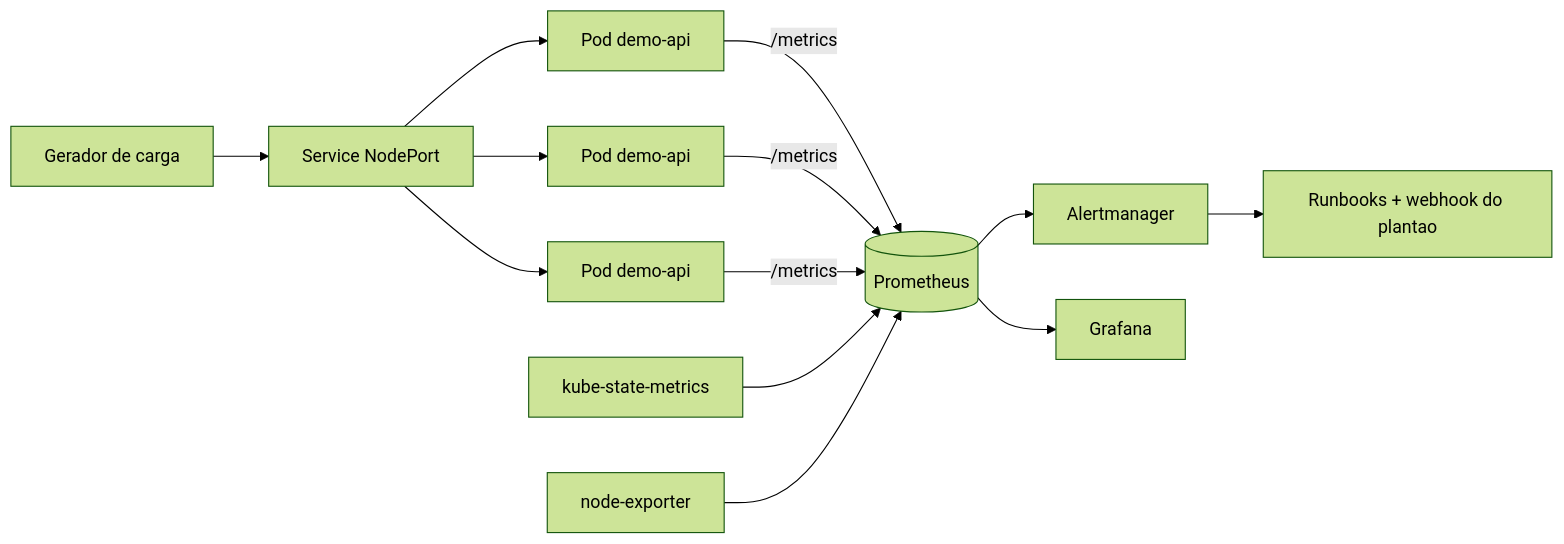
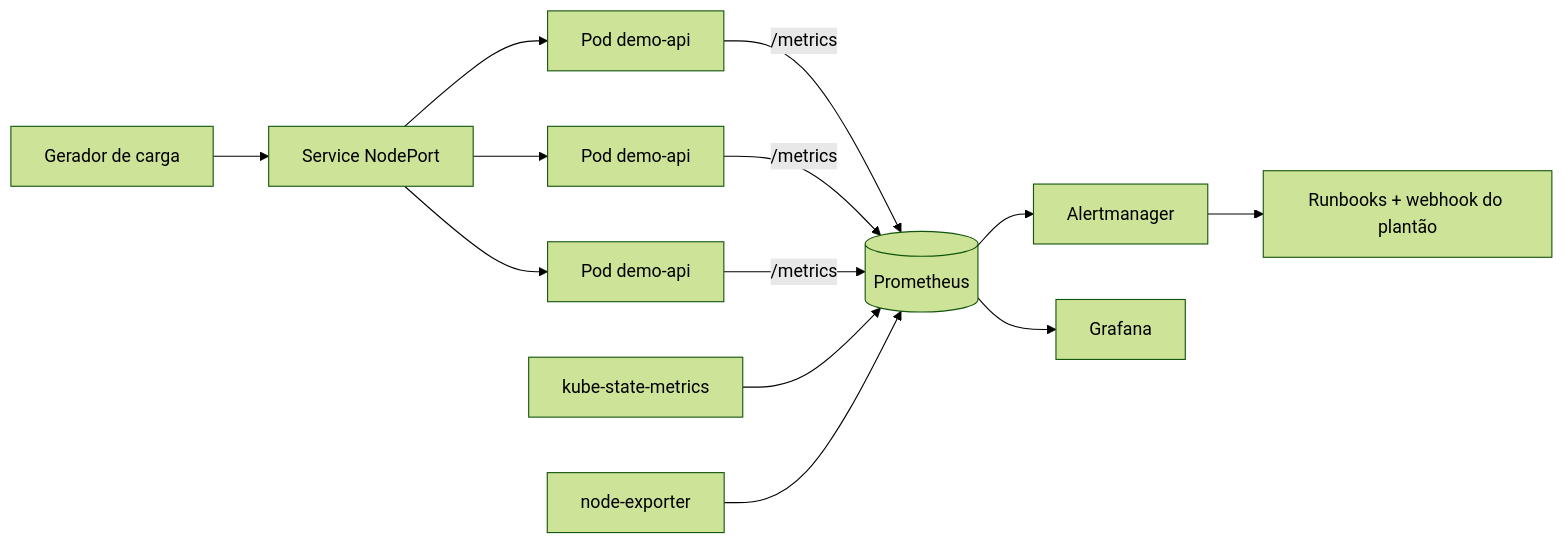
The diagram in README.md (sales1x/k8s-observability-stack), drawn with Mermaid (forest theme) before and after one commit. The commit also changed other lines of this file and 4 other files, not shown here.

````diff
--- a/README.md
+++ b/README.md
@@ -15,15 +15,15 @@
 ```mermaid
 flowchart LR
     U[Gerador de carga] --> S[Service NodePort]
     S --> P1[Pod demo-api]
     S --> P2[Pod demo-api]
     S --> P3[Pod demo-api]
     P1 -- /metrics --> PR[(Prometheus)]
     P2 -- /metrics --> PR
     P3 -- /metrics --> PR
     KSM[kube-state-metrics] --> PR
     NE[node-exporter] --> PR
     PR --> AM[Alertmanager]
     PR --> GF[Grafana]
-    AM --> RB[Runbooks + webhook do plantao]
+    AM --> RB[Runbooks + webhook do plantão]
 ```
````
